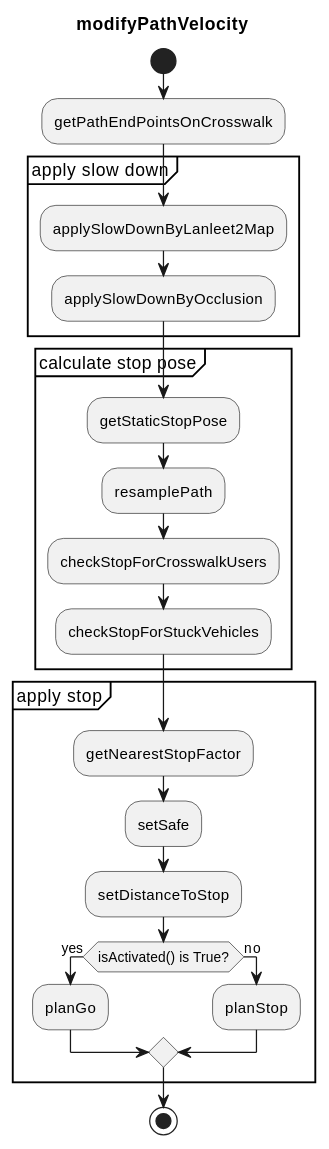
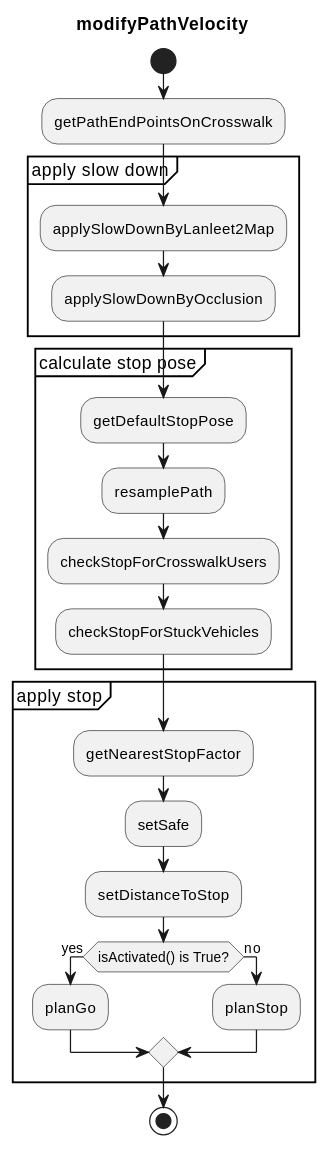
The diagram in planning/behavior_velocity_planner/autoware_behavior_velocity_crosswalk_module/README.md (autowarefoundation/autoware.universe), drawn with PlantUML before and after one commit. The commit also changed 2 other files, not shown here.

Commit message:
static stop pose -> default stop pose

````diff
--- a/planning/behavior_velocity_planner/autoware_behavior_velocity_crosswalk_module/README.md
+++ b/planning/behavior_velocity_planner/autoware_behavior_velocity_crosswalk_module/README.md
@@ -13,32 +13,32 @@
 ```plantuml
 @startuml
 skinparam monochrome true
 
 title modifyPathVelocity
 start
 :getPathEndPointsOnCrosswalk;
 group apply slow down
   :applySlowDownByLanleet2Map;
   :applySlowDownByOcclusion;
 end group
 group calculate stop pose
-  :getStaticStopPose;
+  :getDefaultStopPose;
   :resamplePath;
   :checkStopForCrosswalkUsers;
   :checkStopForStuckVehicles;
 end group
 group apply stop
   :getNearestStopFactor;
   :setSafe;
   :setDistanceToStop;
 
   if (isActivated() is True?) then (yes)
     :planGo;
   else (no)
     :planStop;
   endif
 end group
 
 stop
 @enduml
 ```
````
